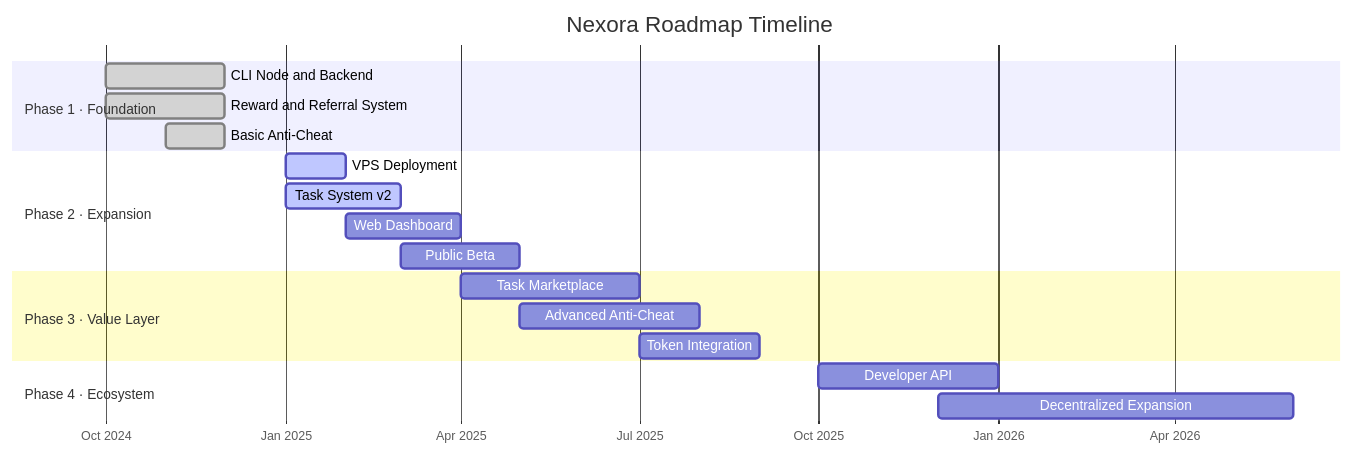
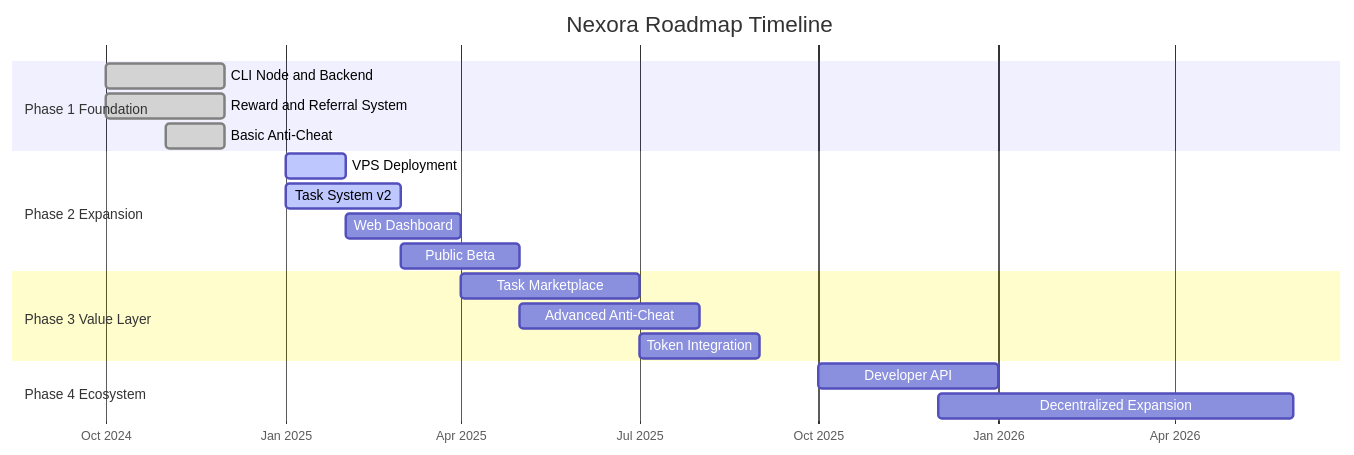
The sixth of 6 diagrams in roadmap.md (Nexora-Node/Docs), drawn with Mermaid before and after one commit. The commit also changed other lines of this file and 5 other files, not shown here.

Commit message:
docs: remove all custom styles, simplify diagrams for clean GitBook render

````diff
--- a/roadmap.md
+++ b/roadmap.md
@@ -183,26 +145,26 @@
 ```mermaid
 gantt
     title Nexora Roadmap Timeline
     dateFormat YYYY-MM
     axisFormat %b %Y
 
-    section Phase 1 · Foundation
+    section Phase 1 Foundation
     CLI Node and Backend         :done,    p1a, 2024-10, 2024-12
     Reward and Referral System   :done,    p1b, 2024-10, 2024-12
     Basic Anti-Cheat             :done,    p1c, 2024-11, 2024-12
 
-    section Phase 2 · Expansion
+    section Phase 2 Expansion
     VPS Deployment               :active,  p2a, 2025-01, 2025-02
     Task System v2               :active,  p2b, 2025-01, 2025-03
     Web Dashboard                :         p2c, 2025-02, 2025-04
     Public Beta                  :         p2d, 2025-03, 2025-05
 
-    section Phase 3 · Value Layer
+    section Phase 3 Value Layer
     Task Marketplace             :         p3a, 2025-04, 2025-07
     Advanced Anti-Cheat          :         p3b, 2025-05, 2025-08
     Token Integration            :         p3c, 2025-07, 2025-09
 
-    section Phase 4 · Ecosystem
+    section Phase 4 Ecosystem
     Developer API                :         p4a, 2025-10, 2026-01
     Decentralized Expansion      :         p4b, 2025-12, 2026-06
 ```
````
